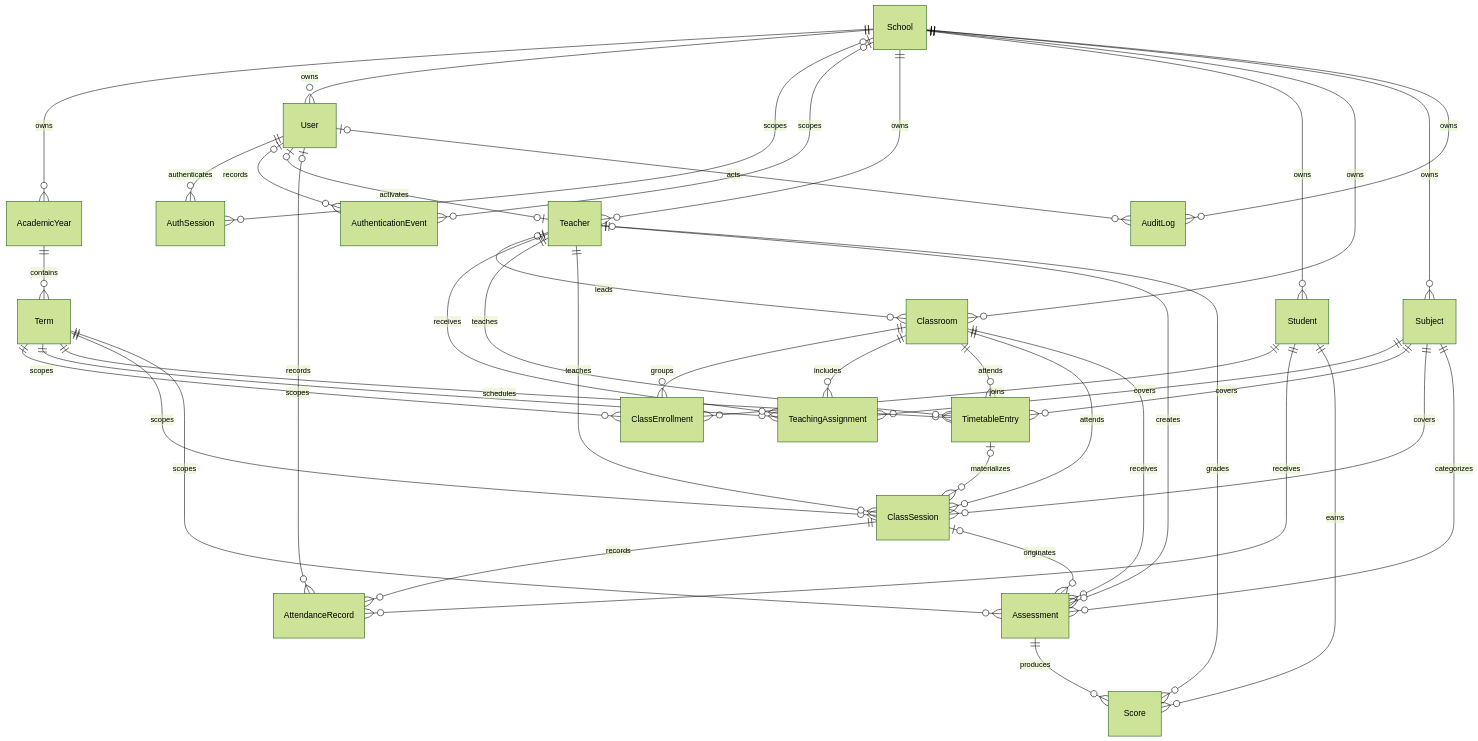
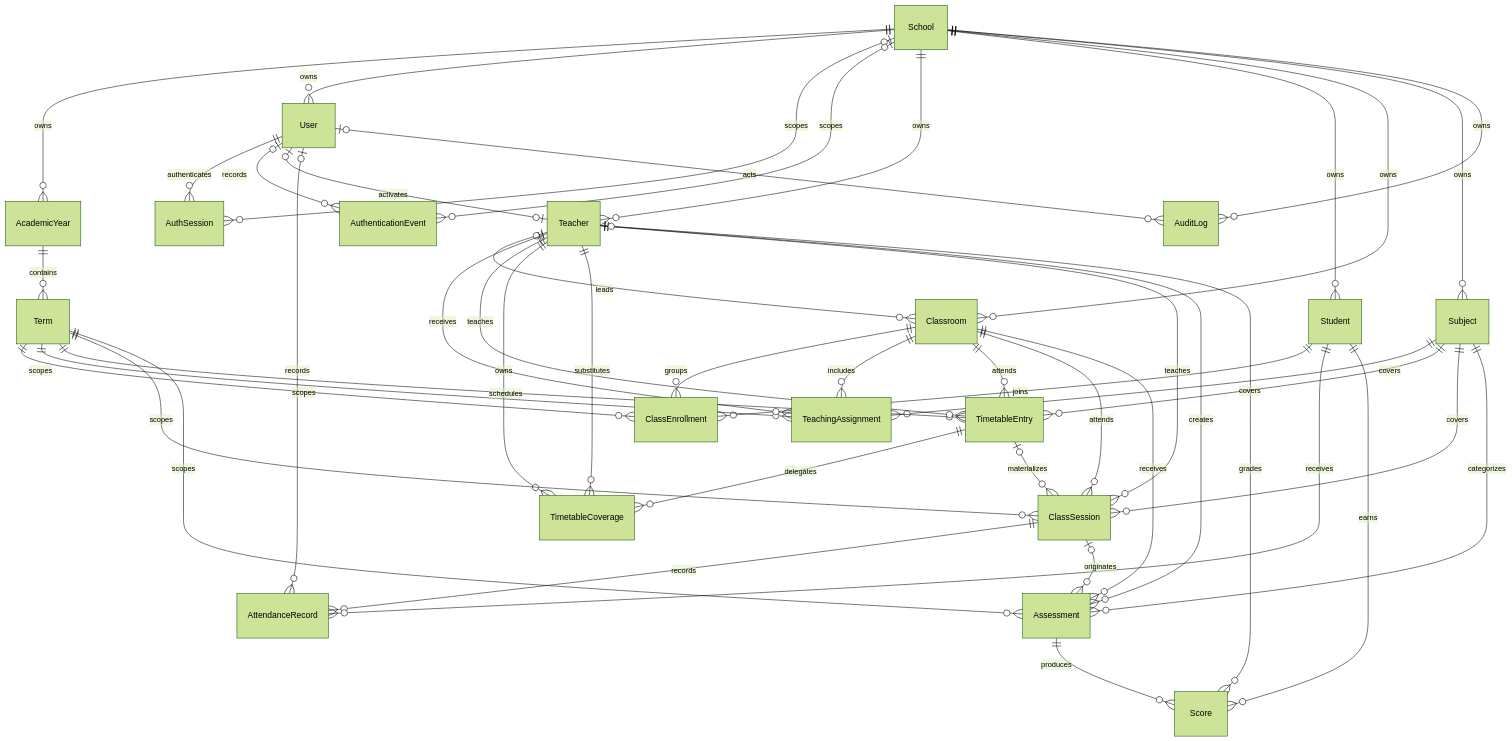
The first of 3 diagrams in docs/architecture/data-model.md (albertbestTH/classroom-os), drawn with Mermaid (forest theme) before and after one commit. The commit also changed other lines of this file and 45 other files, not shown here.

````diff
--- a/docs/architecture/data-model.md
+++ b/docs/architecture/data-model.md
@@ -30,52 +31,55 @@
 ```mermaid
 erDiagram
     School ||--o{ AcademicYear : owns
     School ||--o{ User : owns
     School o|--o{ AuthSession : scopes
     User ||--o{ AuthSession : authenticates
     School o|--o{ AuthenticationEvent : scopes
     User o|--o{ AuthenticationEvent : records
     School ||--o{ Teacher : owns
     School ||--o{ Student : owns
     School ||--o{ Classroom : owns
     School ||--o{ Subject : owns
 
     AcademicYear ||--o{ Term : contains
     User o|--o| Teacher : activates
     Teacher o|--o{ Classroom : leads
 
     Term ||--o{ ClassEnrollment : scopes
     Classroom ||--o{ ClassEnrollment : groups
     Student ||--o{ ClassEnrollment : joins
 
     Term ||--o{ TeachingAssignment : scopes
     Teacher ||--o{ TeachingAssignment : receives
     Classroom ||--o{ TeachingAssignment : includes
     Subject ||--o{ TeachingAssignment : covers
 
     Term ||--o{ TimetableEntry : schedules
     Teacher ||--o{ TimetableEntry : teaches
     Classroom ||--o{ TimetableEntry : attends
     Subject ||--o{ TimetableEntry : covers
+    TimetableEntry ||--o{ TimetableCoverage : delegates
+    Teacher ||--o{ TimetableCoverage : owns
+    Teacher ||--o{ TimetableCoverage : substitutes
 
     TimetableEntry o|--o{ ClassSession : materializes
     Term ||--o{ ClassSession : scopes
     Teacher ||--o{ ClassSession : teaches
     Classroom ||--o{ ClassSession : attends
     Subject ||--o{ ClassSession : covers
 
     ClassSession ||--o{ AttendanceRecord : records
     Student ||--o{ AttendanceRecord : receives
     User o|--o{ AttendanceRecord : records
 
     ClassSession o|--o{ Assessment : originates
     Term ||--o{ Assessment : scopes
     Classroom ||--o{ Assessment : receives
     Subject ||--o{ Assessment : categorizes
     Teacher ||--o{ Assessment : creates
     Assessment ||--o{ Score : produces
     Student ||--o{ Score : earns
     Teacher o|--o{ Score : grades
     School ||--o{ AuditLog : owns
     User o|--o{ AuditLog : acts
 ```
````
